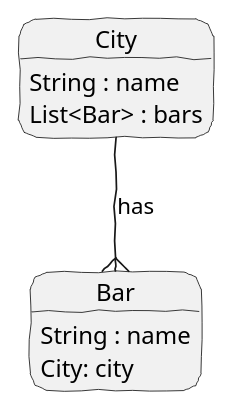
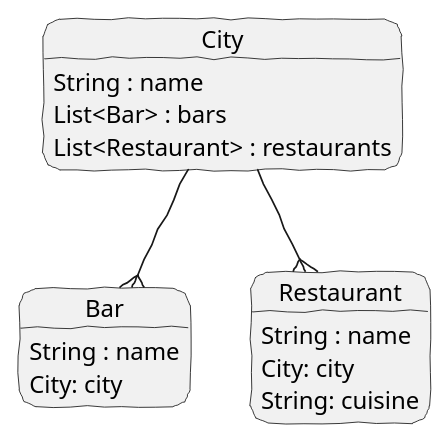
One commit to npalm/graphql-prisma-yoga-demo changed the diagram in doc/model-cities.plantuml. Above: the diagram before and after it, drawn with PlantUML. The commit also changed 5 other files, not shown here.

```diff
--- a/doc/model-cities.plantuml
+++ b/doc/model-cities.plantuml
@@ -1,23 +1,31 @@
 @startuml
 hide footbox
 skinparam roundcorner 20
 skinparam handwritten true
 skinparam backgroundcolor transparent
+skinparam minClassWidth 100
 
 skinparam note {
   FontName Impact
 }
 
-
 object City {
     String : name
     List<Bar> : bars
+    List<Restaurant> : restaurants
 }
 
 object Bar {
     String : name
     City: city
 }
 
-City --{ Bar : has
+object Restaurant {
+    String : name
+    City: city
+    String: cuisine
+}
+
+City --{ Bar
+City --{ Restaurant
 @enduml
```
